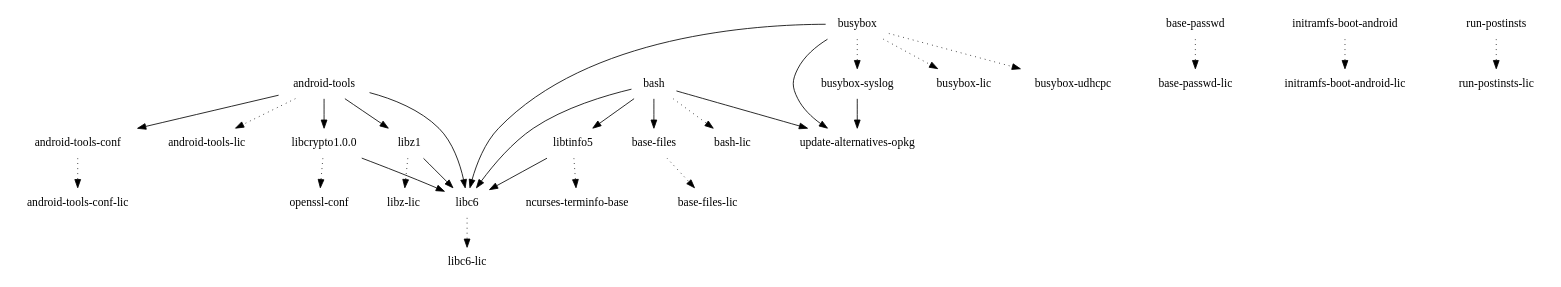
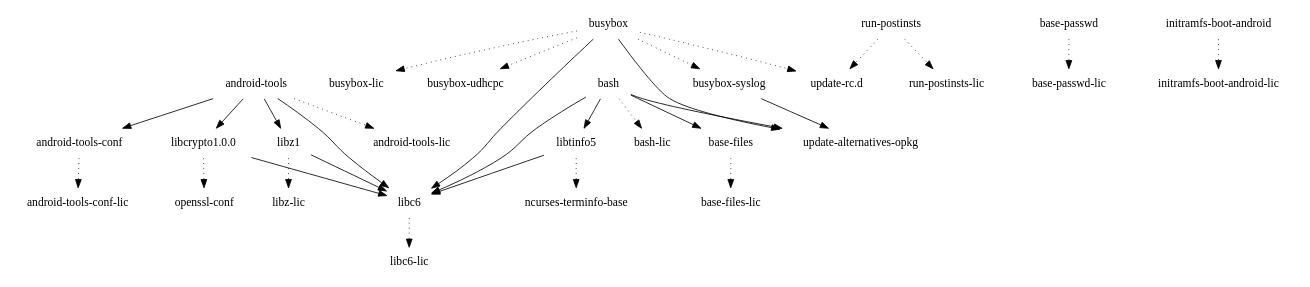
The diagram in images/mako/glibc/initramfs-android-image/depends.dot (webOS-ports/buildhistory), drawn with Graphviz before and after one commit. The commit also changed 20 other files, not shown here.

```diff
--- a/images/mako/glibc/initramfs-android-image/depends.dot
+++ b/images/mako/glibc/initramfs-android-image/depends.dot
@@ -1,31 +1,33 @@
 digraph depends {
     node [shape=plaintext]
 "android-tools" -> "android-tools-conf";
 "android-tools" -> "android-tools-lic" [style=dotted];
 "android-tools" -> "libc6";
 "android-tools" -> "libcrypto1.0.0";
 "android-tools" -> "libz1";
 "android-tools-conf" -> "android-tools-conf-lic" [style=dotted];
 "base-files" -> "base-files-lic" [style=dotted];
 "base-passwd" -> "base-passwd-lic" [style=dotted];
 "bash" -> "base-files";
 "bash" -> "bash-lic" [style=dotted];
 "bash" -> "libc6";
 "bash" -> "libtinfo5";
 "bash" -> "update-alternatives-opkg";
 "busybox" -> "busybox-lic" [style=dotted];
 "busybox" -> "busybox-syslog" [style=dotted];
 "busybox" -> "busybox-udhcpc" [style=dotted];
 "busybox" -> "libc6";
 "busybox" -> "update-alternatives-opkg";
+"busybox" -> "update-rc.d" [style=dotted];
 "busybox-syslog" -> "update-alternatives-opkg";
 "initramfs-boot-android" -> "initramfs-boot-android-lic" [style=dotted];
 "libc6" -> "libc6-lic" [style=dotted];
 "libcrypto1.0.0" -> "libc6";
 "libcrypto1.0.0" -> "openssl-conf" [style=dotted];
 "libtinfo5" -> "libc6";
 "libtinfo5" -> "ncurses-terminfo-base" [style=dotted];
 "libz1" -> "libc6";
 "libz1" -> "libz-lic" [style=dotted];
 "run-postinsts" -> "run-postinsts-lic" [style=dotted];
+"run-postinsts" -> "update-rc.d" [style=dotted];
 }
```
